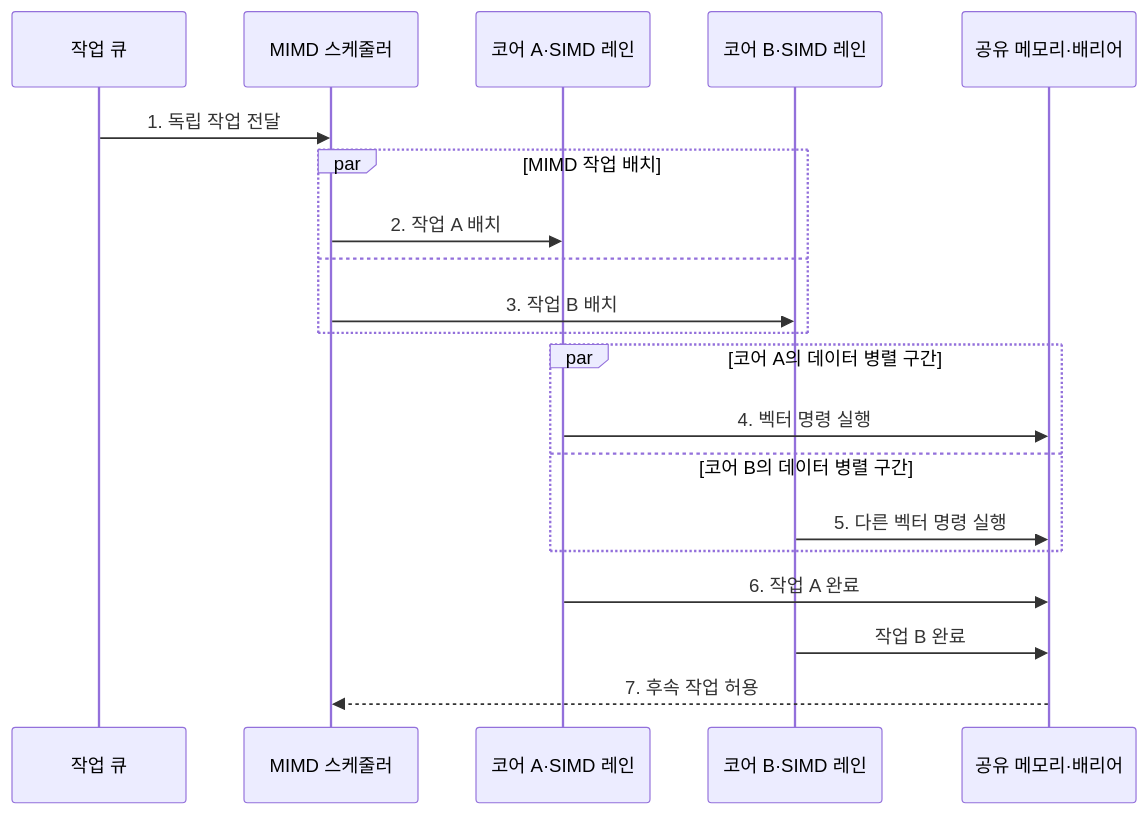
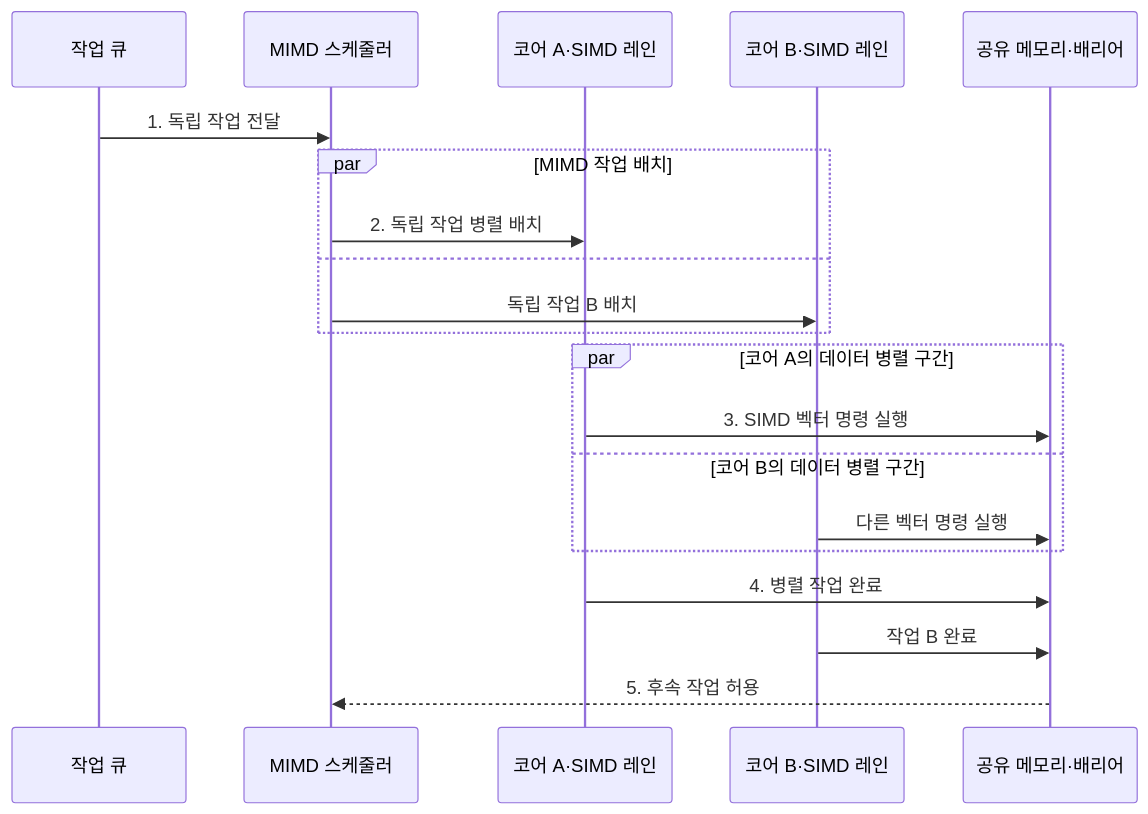
Before and after one commit to agnusdei1207/knowledge-base: the second of 2 diagrams in src/content/docs/notes/02-hardware/053_simd_mimd.md, drawn with Mermaid. The commit also changed other lines of this file and 86 other files, not shown here.

````diff
--- a/src/content/docs/notes/02-hardware/053_simd_mimd.md
+++ b/src/content/docs/notes/02-hardware/053_simd_mimd.md
@@ -81,23 +81,23 @@
 ```mermaid
 sequenceDiagram
     participant Q as 작업 큐
     participant S as MIMD 스케줄러
     participant A as 코어 A·SIMD 레인
     participant C as 코어 B·SIMD 레인
     participant B as 공유 메모리·배리어
 
     Q->>S: 1. 독립 작업 전달
     par MIMD 작업 배치
-        S->>A: 2. 작업 A 배치
+        S->>A: 2. 독립 작업 병렬 배치
     and
-        S->>C: 3. 작업 B 배치
+        S->>C: 독립 작업 B 배치
     end
     par 코어 A의 데이터 병렬 구간
-        A->>B: 4. 벡터 명령 실행
+        A->>B: 3. SIMD 벡터 명령 실행
     and 코어 B의 데이터 병렬 구간
-        C->>B: 5. 다른 벡터 명령 실행
+        C->>B: 다른 벡터 명령 실행
     end
-    A->>B: 6. 작업 A 완료
+    A->>B: 4. 병렬 작업 완료
     C->>B: 작업 B 완료
-    B-->>S: 7. 후속 작업 허용
+    B-->>S: 5. 후속 작업 허용
 ```
````
